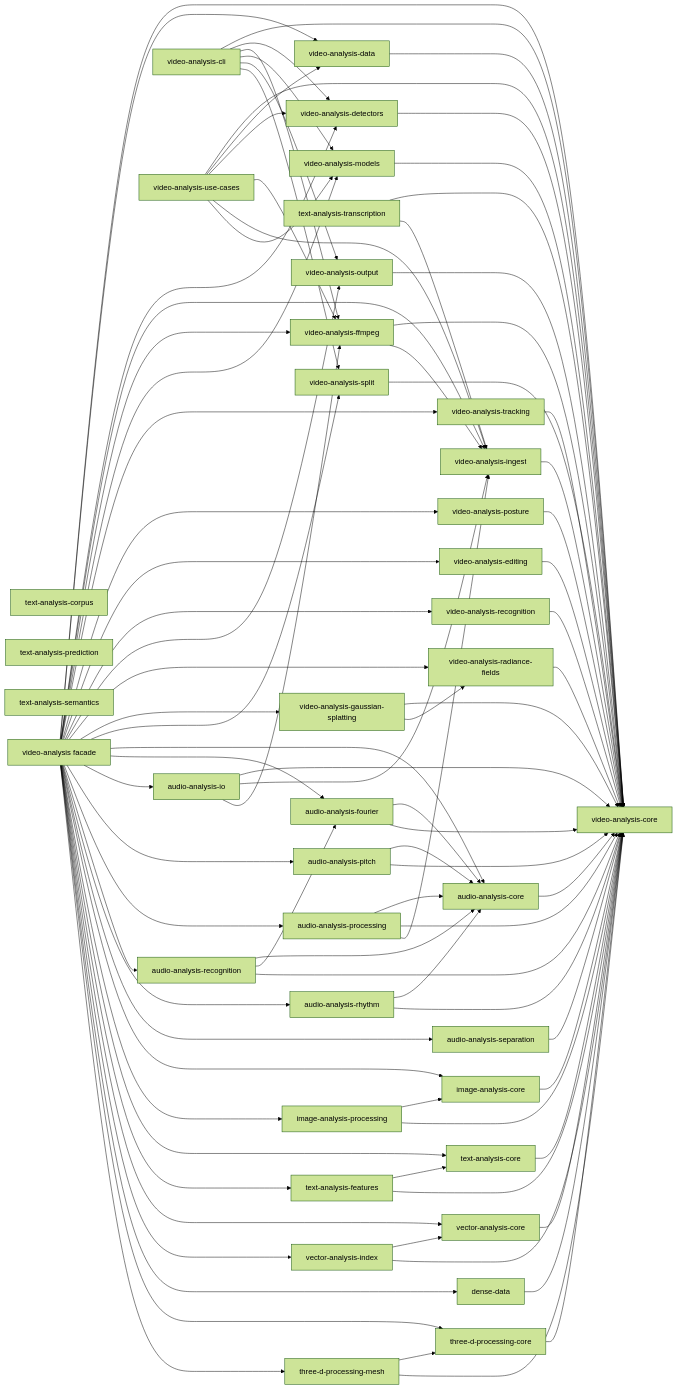
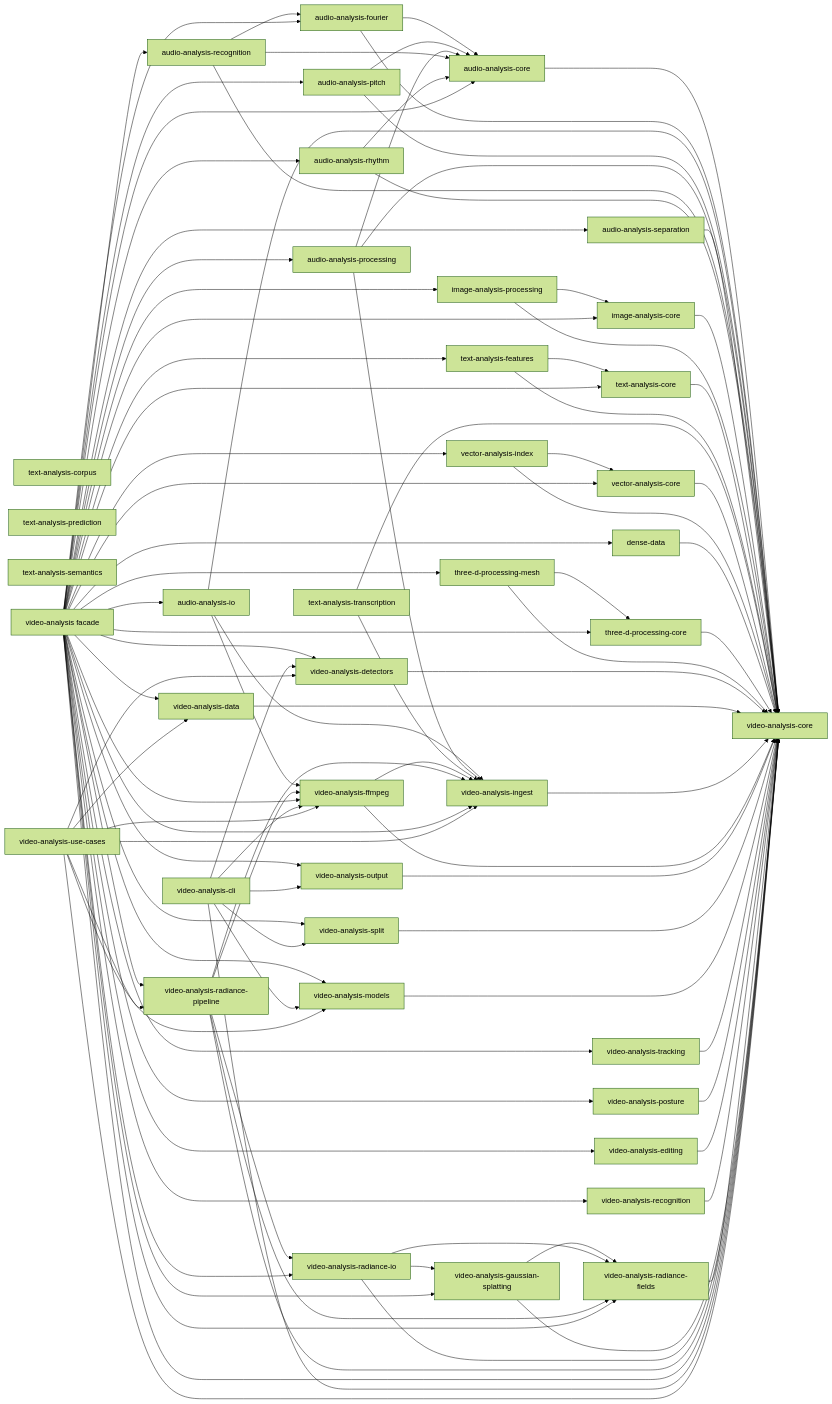
The diagram in README.md (moritzbrantner/rust-packages), drawn with Mermaid (forest theme) before and after one commit. The commit also changed other lines of this file and 15 other files, not shown here.

First line of the commit message:
Add radiance IO and pipeline crates

````diff
--- a/README.md
+++ b/README.md
@@ -227,6 +234,8 @@
     recognition[video-analysis-recognition]
     radiance[video-analysis-radiance-fields]
     splatting[video-analysis-gaussian-splatting]
+    radianceio[video-analysis-radiance-io]
+    radiancepipeline[video-analysis-radiance-pipeline]
 
     root[video-analysis facade]
     cli[video-analysis-cli]
@@ -280,6 +289,14 @@
     radiance --> core
     splatting --> core
     splatting --> radiance
+    radianceio --> core
+    radianceio --> radiance
+    radianceio --> splatting
+    radiancepipeline --> core
+    radiancepipeline --> ingest
+    radiancepipeline --> ffmpeg
+    radiancepipeline --> radiance
+    radiancepipeline --> radianceio
 
     root --> core
     root --> data
@@ -294,6 +311,8 @@
     root --> output
     root --> radiance
     root --> splatting
+    root --> radianceio
+    root --> radiancepipeline
     root --> split
     root --> audiocore
     root --> fourier
@@ -326,4 +345,5 @@
     usecases --> ffmpeg
     usecases --> ingest
     usecases --> models
+    usecases --> radiancepipeline
 ```
````
